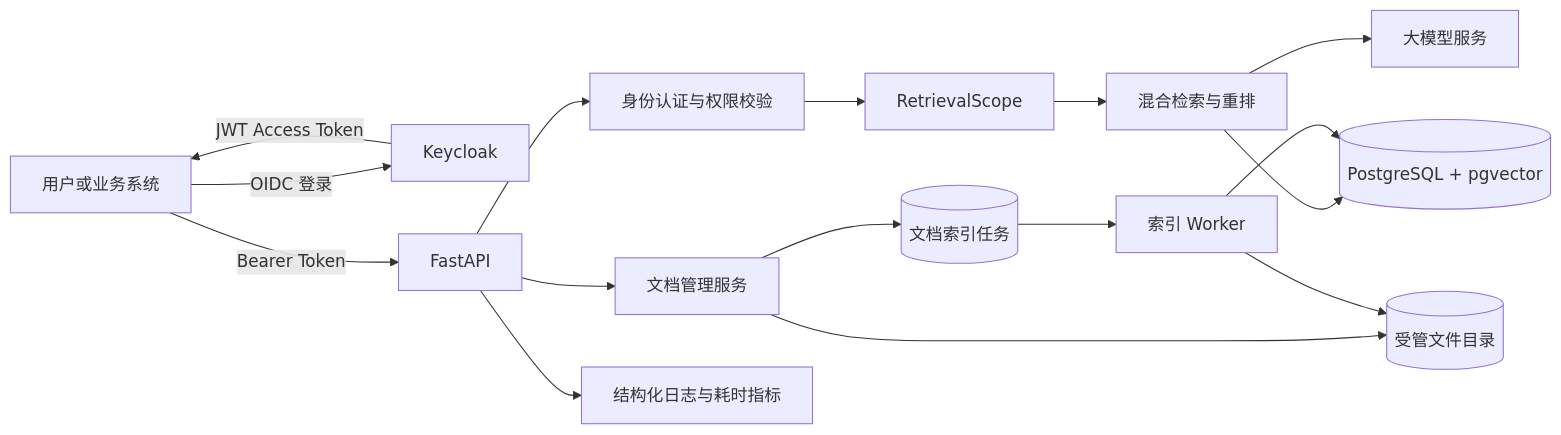
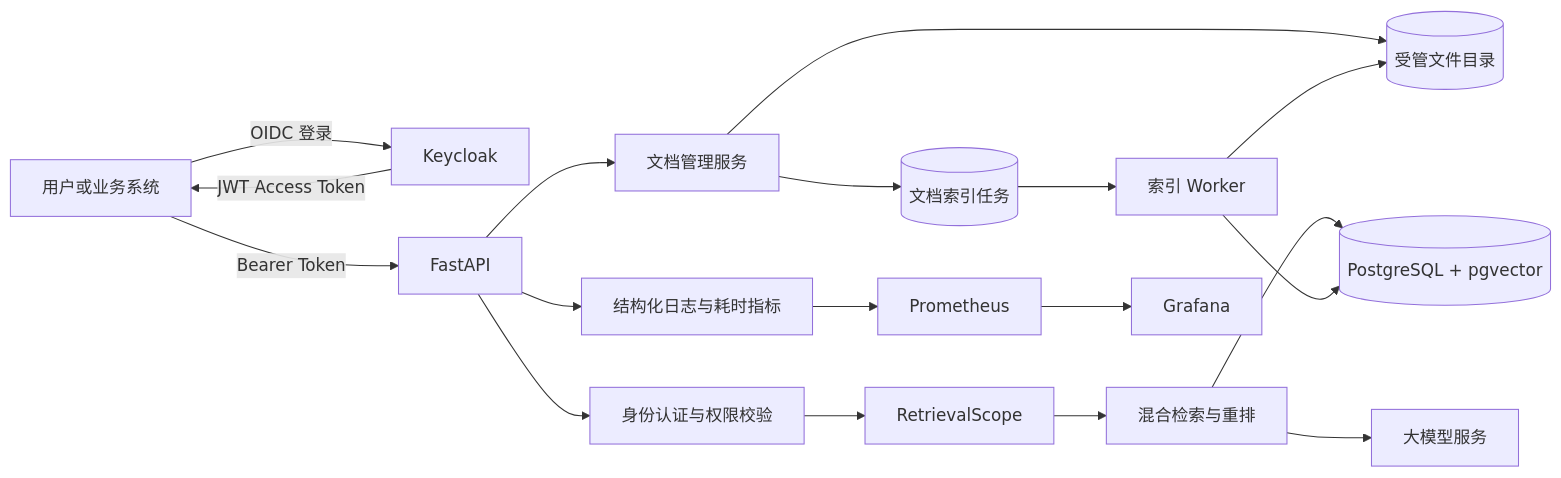
One commit to Heresy0/Multi-tenant-long-context-rag-engine changed the diagram in README.md. Above: the diagram before and after it, drawn with Mermaid. The commit also changed other lines of this file and 18 other files, not shown here.

Commit message:
增加 Prometheus 与 Grafana 监控体系

````diff
--- a/README.md
+++ b/README.md
@@ -28,18 +29,20 @@
 ```mermaid
 flowchart LR
     U[用户或业务系统] -->|OIDC 登录| K[Keycloak]
     K -->|JWT Access Token| U
     U -->|Bearer Token| A[FastAPI]
     A --> I[身份认证与权限校验]
     I --> S[RetrievalScope]
     S --> R[混合检索与重排]
     R --> P[(PostgreSQL + pgvector)]
     R --> L[大模型服务]
     A --> D[文档管理服务]
     D --> F[(受管文件目录)]
     D --> J[(文档索引任务)]
     J --> W[索引 Worker]
     W --> F
     W --> P
     A --> O[结构化日志与耗时指标]
+    O --> M[Prometheus]
+    M --> G[Grafana]
 ```
````
